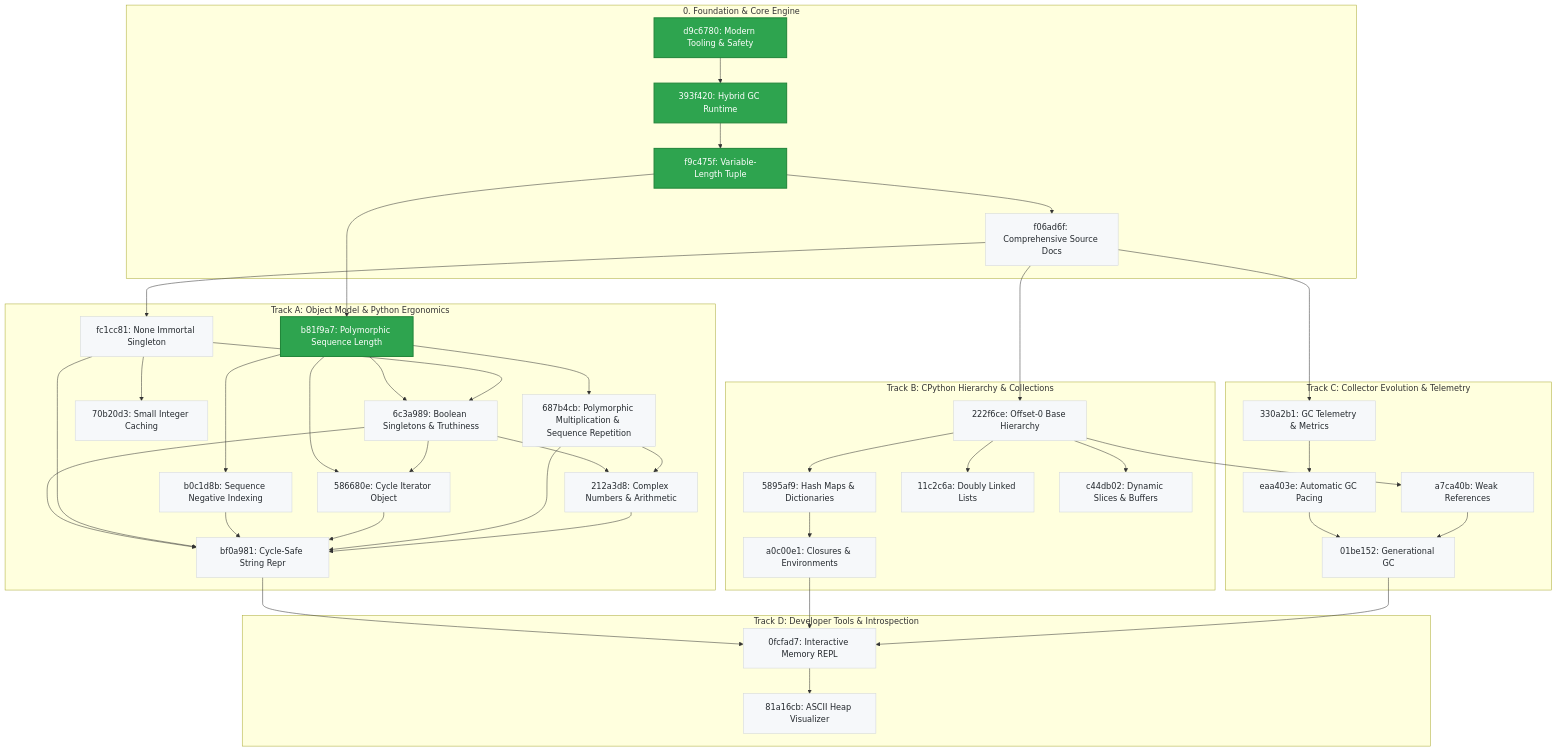
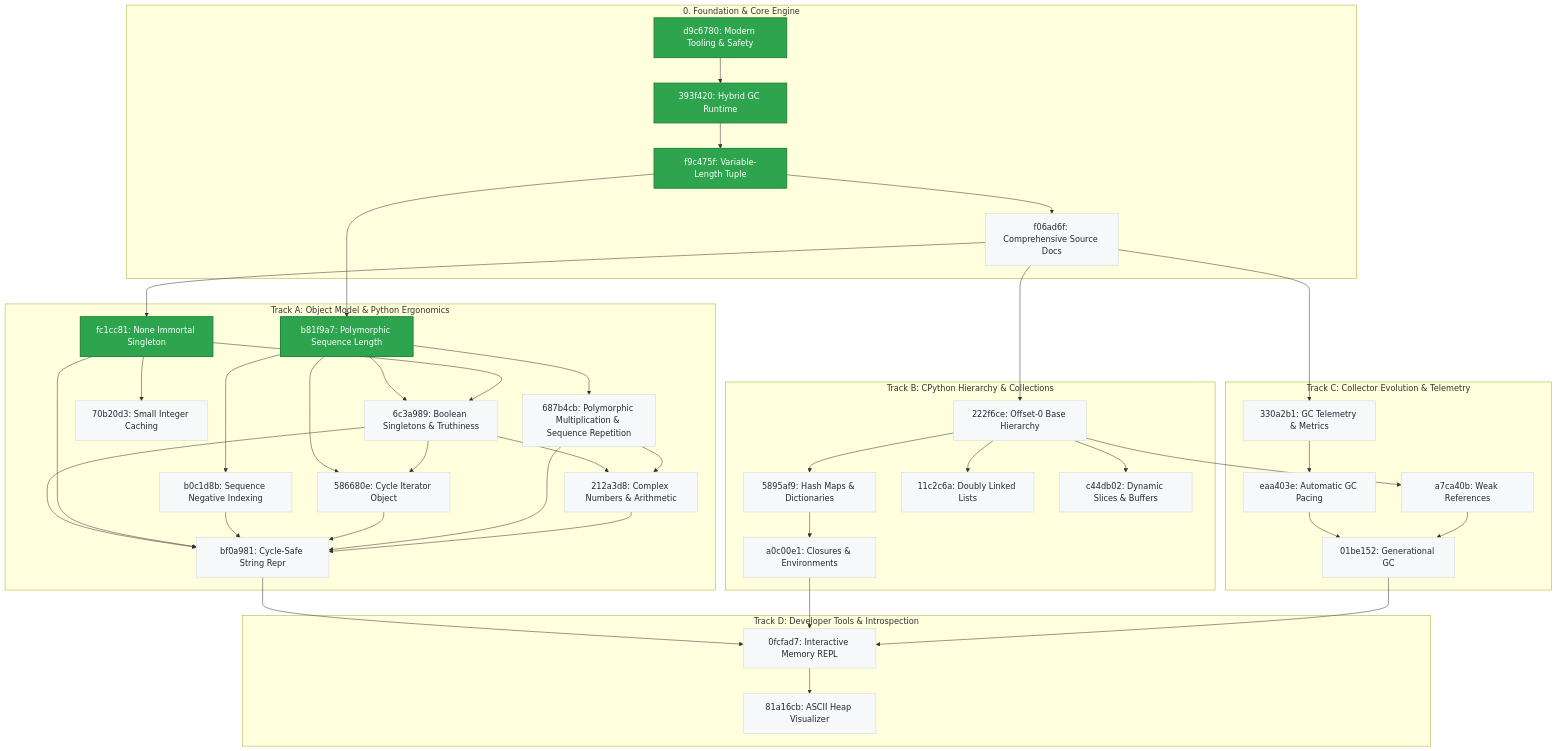
Before and after one commit to bwrob/trash-gather: the diagram in roadmap/README.md, drawn with Mermaid. The commit also changed other lines of this file and 17 other files, not shown here.

First line of the commit message:
feat(object): implement PEP 683 immortal None and empty tuple singletons

```diff
--- a/roadmap/README.md
+++ b/roadmap/README.md
@@ -26,7 +26,7 @@
   subgraph TrackA ["Track A: Object Model & Python Ergonomics"]
     m_seqlen["b81f9a7: Polymorphic Sequence Length"]:::completed
     m_negidx["b0c1d8b: Sequence Negative Indexing"]:::planned
-    m_none["fc1cc81: None Immortal Singleton"]:::planned
+    m_none["fc1cc81: None Immortal Singleton"]:::completed
     m_bool["6c3a989: Boolean Singletons & Truthiness"]:::planned
     m_smallint["70b20d3: Small Integer Caching"]:::planned
     m_mul["687b4cb: Polymorphic Multiplication & Sequence Repetition"]:::planned
```
